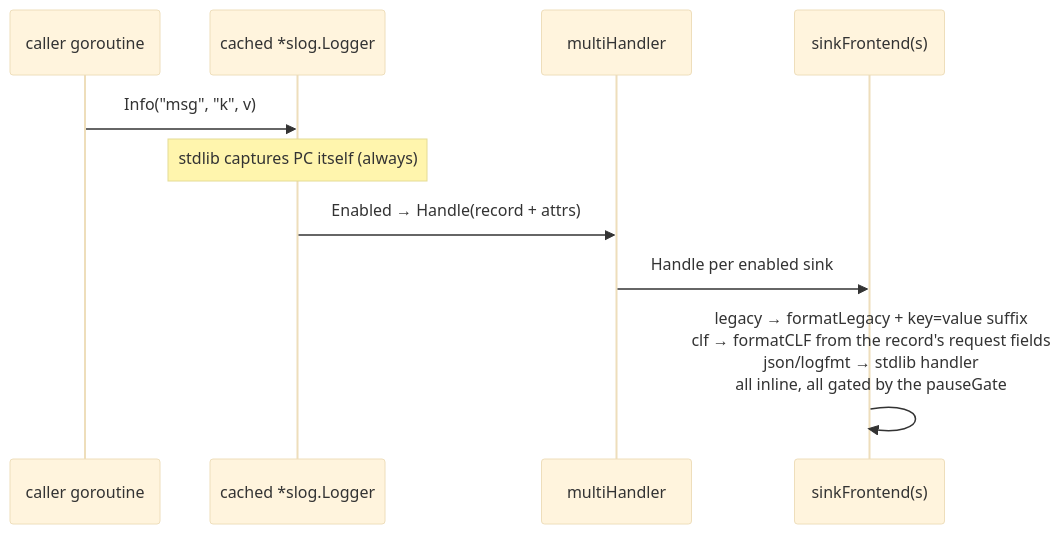
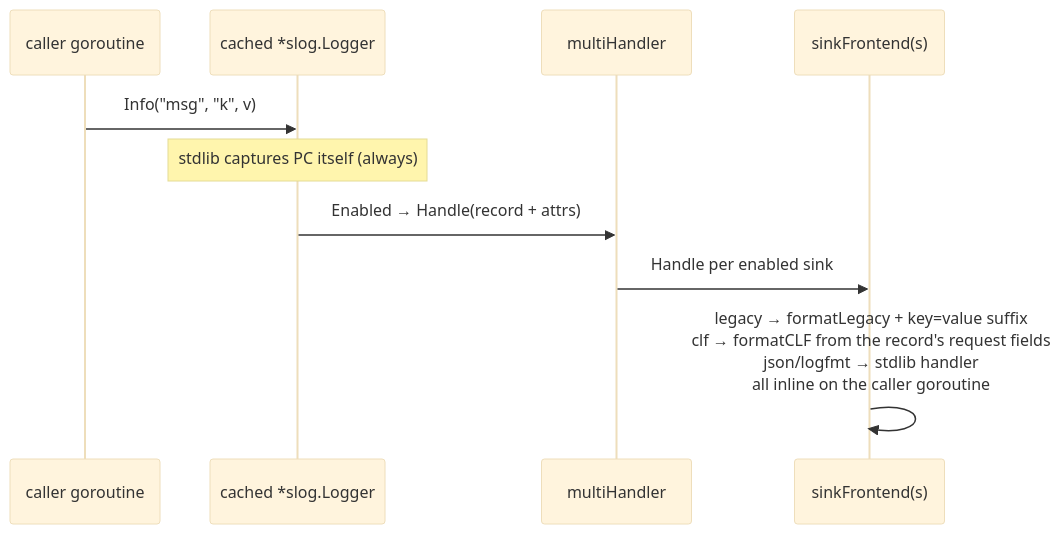
The third of 3 diagrams in slog_new_design.md (TheFox0x7/gitea), drawn with Mermaid (base theme) before and after one commit. The commit also changed other lines of this file and 14 other files, not shown here.

````diff
--- a/slog_new_design.md
+++ b/slog_new_design.md
@@ -235,13 +246,13 @@
 ```mermaid
 sequenceDiagram
     participant C as caller goroutine
     participant S as cached *slog.Logger
     participant MH as multiHandler
     participant F as sinkFrontend(s)
 
     C->>S: Info("msg", "k", v)
     Note over S: stdlib captures PC itself (always)
     S->>MH: Enabled → Handle(record + attrs)
     MH->>F: Handle per enabled sink
-    F->>F: legacy → formatLegacy + key=value suffix<br/>clf → formatCLF from the record's request fields<br/>json/logfmt → stdlib handler<br/>all inline, all gated by the pauseGate
+    F->>F: legacy → formatLegacy + key=value suffix<br/>clf → formatCLF from the record's request fields<br/>json/logfmt → stdlib handler<br/>all inline on the caller goroutine
 ```
````
